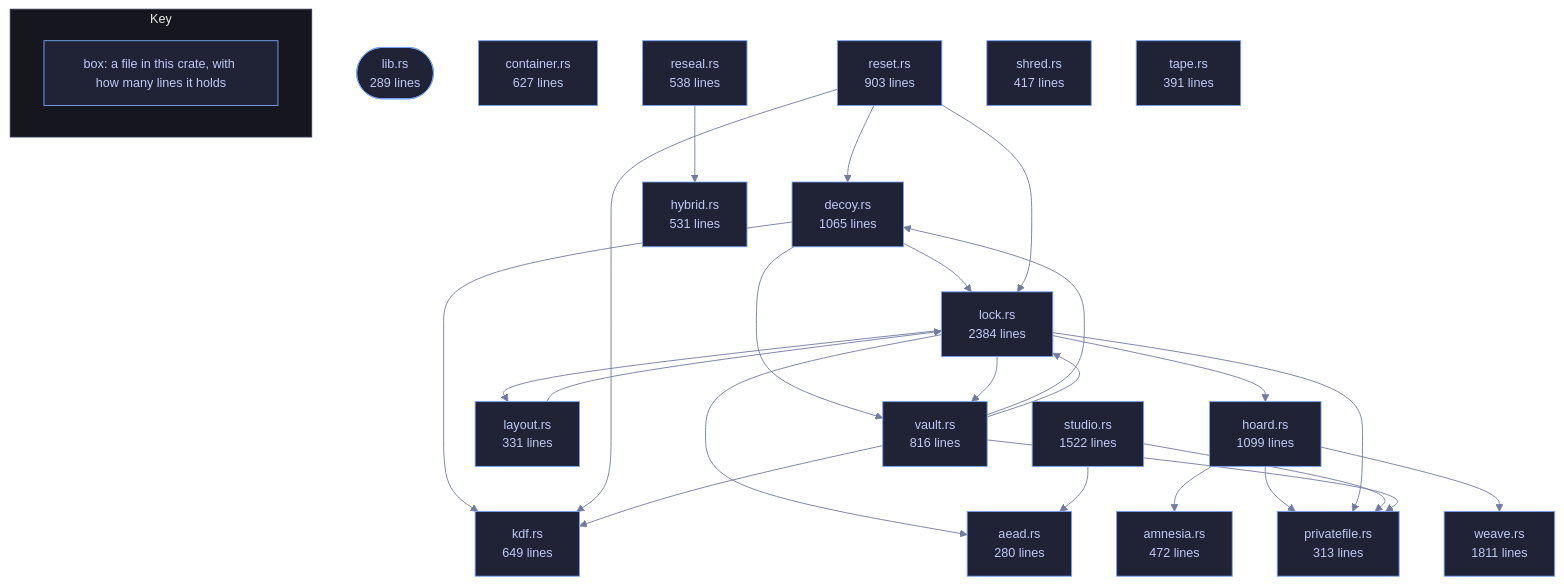
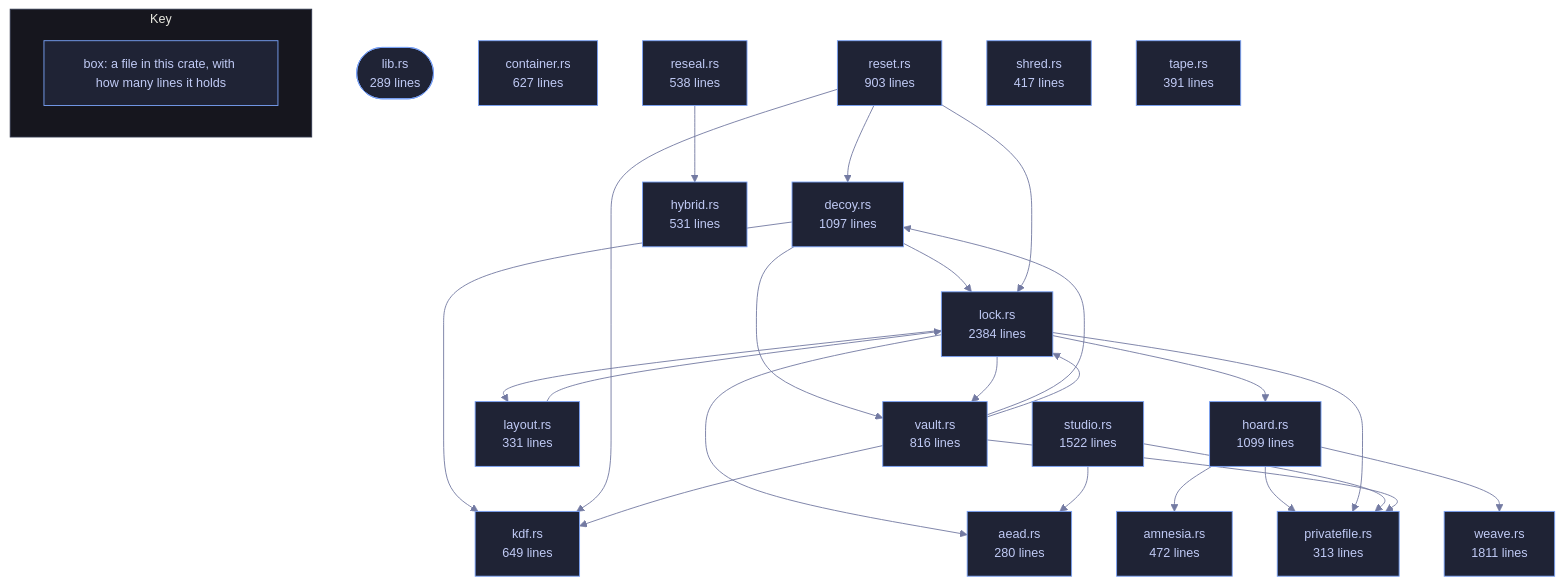
The diagram in crates/veilvoice-crypto/README.md (tilas01/veilvoice), drawn with Mermaid before and after one commit. The commit also changed other lines of this file and 80 other files, not shown here.

````diff
--- a/crates/veilvoice-crypto/README.md
+++ b/crates/veilvoice-crypto/README.md
@@ -108,66 +108,66 @@
 ```mermaid
 %%{init: {"theme":"base","themeVariables":{"background":"#1a1b26","primaryColor":"#1f2335","primaryTextColor":"#c0caf5","primaryBorderColor":"#7aa2f7","secondaryColor":"#16161e","tertiaryColor":"#16161e","lineColor":"#737aa2","textColor":"#c0caf5","mainBkg":"#1f2335","nodeBorder":"#7aa2f7","clusterBkg":"#16161e","clusterBorder":"#2f3549","fontFamily":"ui-monospace, SFMono-Regular, Consolas, monospace","fontSize":"14px"}}}%%
 flowchart TD
     n_lib(["lib.rs<br/>289 lines"])
     n_aead["aead.rs<br/>280 lines"]
     n_amnesia["amnesia.rs<br/>472 lines"]
     n_container["container.rs<br/>627 lines"]
-    n_decoy["decoy.rs<br/>1065 lines"]
+    n_decoy["decoy.rs<br/>1097 lines"]
     n_hoard["hoard.rs<br/>1099 lines"]
     n_hybrid["hybrid.rs<br/>531 lines"]
     n_kdf["kdf.rs<br/>649 lines"]
     n_layout["layout.rs<br/>331 lines"]
     n_lock["lock.rs<br/>2384 lines"]
     n_privatefile["privatefile.rs<br/>313 lines"]
     n_reseal["reseal.rs<br/>538 lines"]
     n_reset["reset.rs<br/>903 lines"]
     n_shred["shred.rs<br/>417 lines"]
     n_studio["studio.rs<br/>1522 lines"]
     n_tape["tape.rs<br/>391 lines"]
     n_vault["vault.rs<br/>816 lines"]
     n_weave["weave.rs<br/>1811 lines"]
     n_decoy --> n_kdf
     n_decoy --> n_lock
     n_decoy --> n_vault
     n_hoard --> n_amnesia
     n_hoard --> n_privatefile
     n_hoard --> n_weave
     n_layout --> n_lock
     n_lock --> n_aead
     n_lock --> n_hoard
     n_lock --> n_layout
     n_lock --> n_privatefile
     n_lock --> n_vault
     n_reseal --> n_hybrid
     n_reset --> n_decoy
     n_reset --> n_kdf
     n_reset --> n_lock
     n_studio --> n_aead
     n_studio --> n_privatefile
     n_vault --> n_decoy
     n_vault --> n_kdf
     n_vault --> n_lock
     n_vault --> n_privatefile
     click n_lib href "https://github.com/tilas01/veilvoice/blob/main/crates/veilvoice-crypto/src/lib.rs" "open the source"
     click n_aead href "https://github.com/tilas01/veilvoice/blob/main/crates/veilvoice-crypto/src/aead.rs" "open the source"
     click n_amnesia href "https://github.com/tilas01/veilvoice/blob/main/crates/veilvoice-crypto/src/amnesia.rs" "open the source"
     click n_container href "https://github.com/tilas01/veilvoice/blob/main/crates/veilvoice-crypto/src/container.rs" "open the source"
     click n_decoy href "https://github.com/tilas01/veilvoice/blob/main/crates/veilvoice-crypto/src/decoy.rs" "open the source"
     click n_hoard href "https://github.com/tilas01/veilvoice/blob/main/crates/veilvoice-crypto/src/hoard.rs" "open the source"
     click n_hybrid href "https://github.com/tilas01/veilvoice/blob/main/crates/veilvoice-crypto/src/hybrid.rs" "open the source"
     click n_kdf href "https://github.com/tilas01/veilvoice/blob/main/crates/veilvoice-crypto/src/kdf.rs" "open the source"
     click n_layout href "https://github.com/tilas01/veilvoice/blob/main/crates/veilvoice-crypto/src/layout.rs" "open the source"
     click n_lock href "https://github.com/tilas01/veilvoice/blob/main/crates/veilvoice-crypto/src/lock.rs" "open the source"
     click n_privatefile href "https://github.com/tilas01/veilvoice/blob/main/crates/veilvoice-crypto/src/privatefile.rs" "open the source"
     click n_reseal href "https://github.com/tilas01/veilvoice/blob/main/crates/veilvoice-crypto/src/reseal.rs" "open the source"
     click n_reset href "https://github.com/tilas01/veilvoice/blob/main/crates/veilvoice-crypto/src/reset.rs" "open the source"
     click n_shred href "https://github.com/tilas01/veilvoice/blob/main/crates/veilvoice-crypto/src/shred.rs" "open the source"
     click n_studio href "https://github.com/tilas01/veilvoice/blob/main/crates/veilvoice-crypto/src/studio.rs" "open the source"
     click n_tape href "https://github.com/tilas01/veilvoice/blob/main/crates/veilvoice-crypto/src/tape.rs" "open the source"
     click n_vault href "https://github.com/tilas01/veilvoice/blob/main/crates/veilvoice-crypto/src/vault.rs" "open the source"
     click n_weave href "https://github.com/tilas01/veilvoice/blob/main/crates/veilvoice-crypto/src/weave.rs" "open the source"
     subgraph chart_key ["Key"]
         direction LR
         key_box["box: a file in this crate, with how many lines it holds"]
     end
 ```
````
